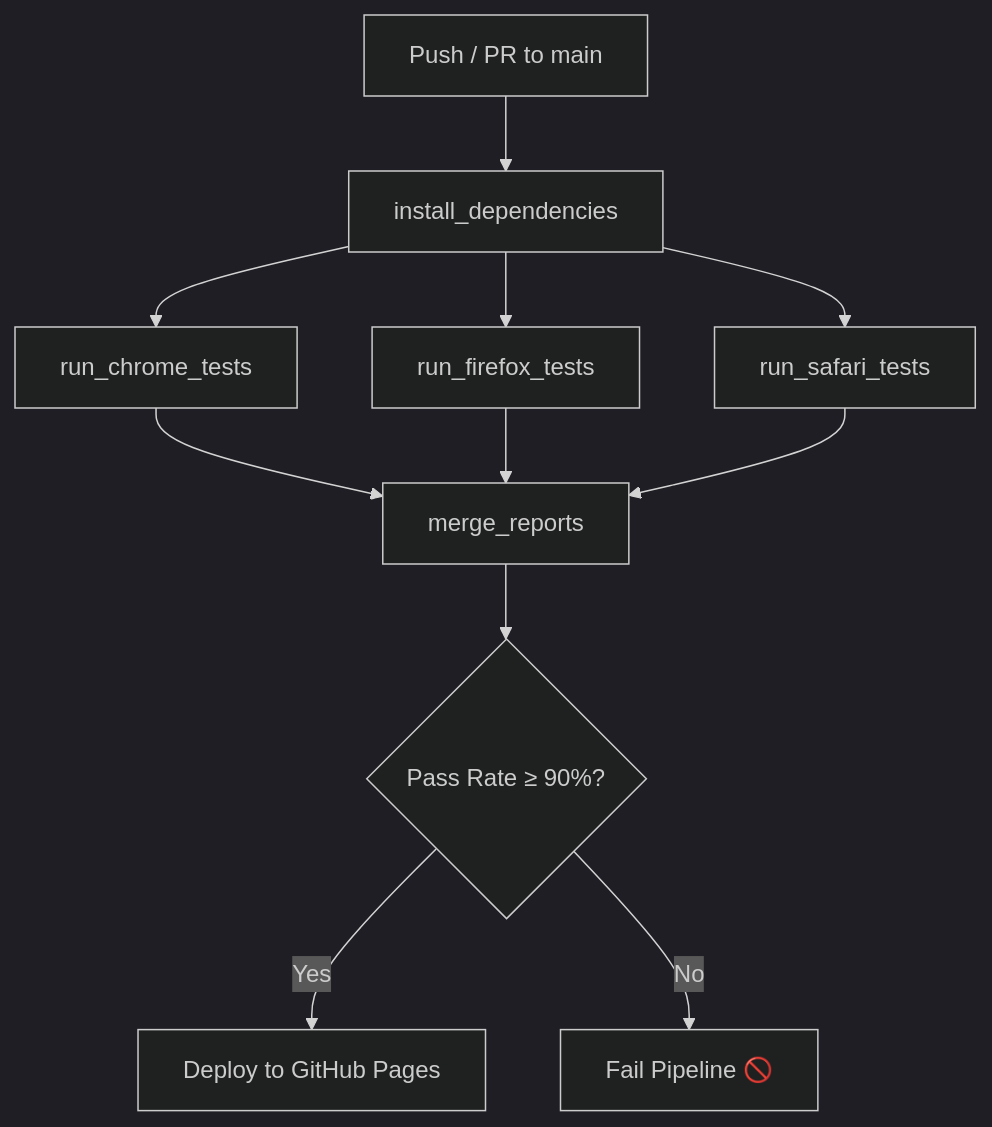
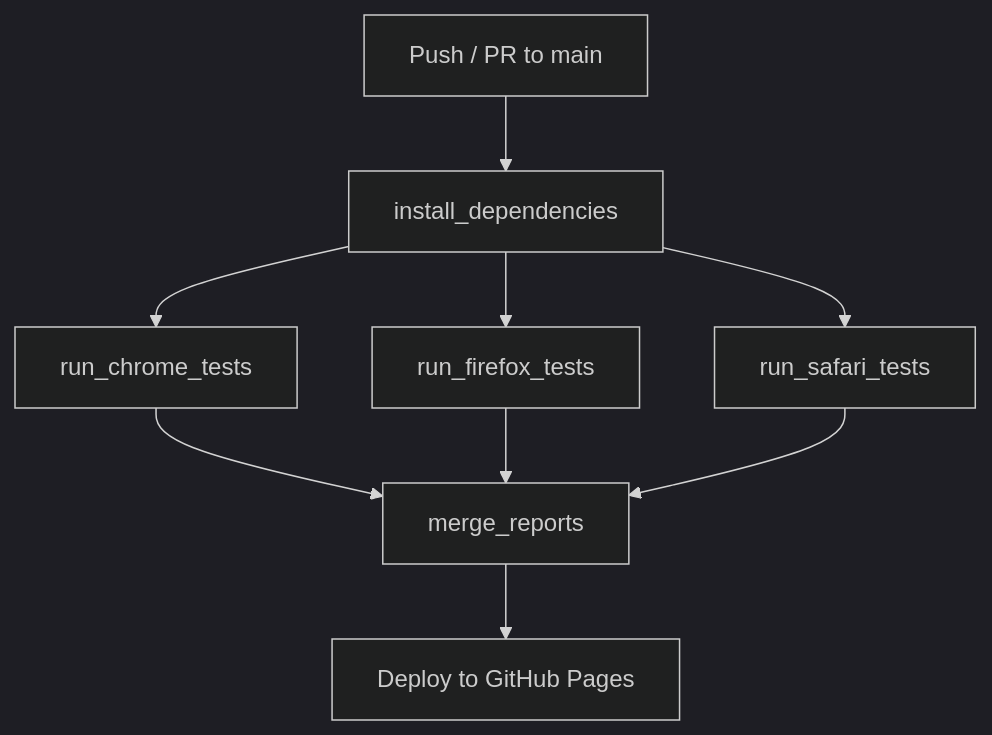
The diagram in README.md (rlongcop-agsx/bah.ai-automation), drawn with Mermaid (dark theme) before and after one commit.

````diff
--- a/README.md
+++ b/README.md
@@ -52,13 +52,11 @@
 ```mermaid
 graph TD
   A[Push / PR to main] --> B[install_dependencies]
   B --> C1[run_chrome_tests]
   B --> C2[run_firefox_tests]
   B --> C3[run_safari_tests]
   C1 --> D[merge_reports]
   C2 --> D
   C3 --> D
-  D --> E{Pass Rate ≥ 90%?}
-  E -- Yes --> F[Deploy to GitHub Pages]
-  E -- No --> G[Fail Pipeline 🚫]
+  D --> F[Deploy to GitHub Pages]
 ```
````
